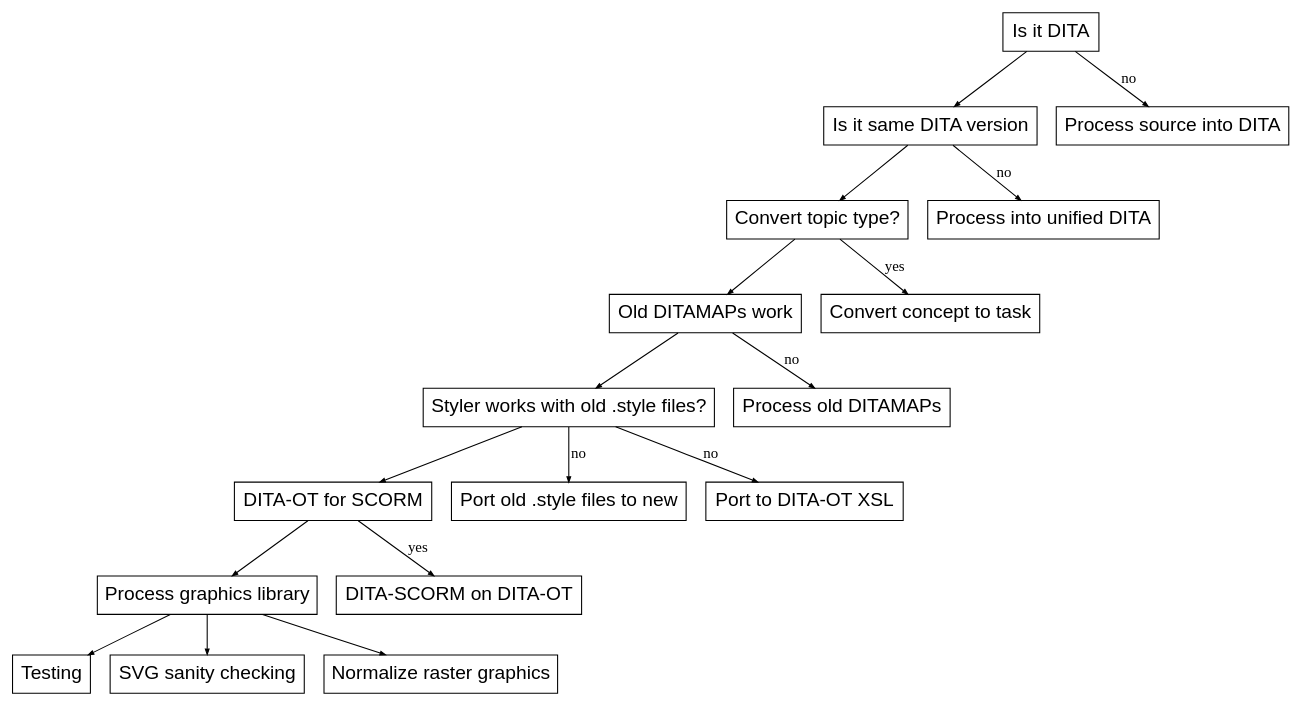
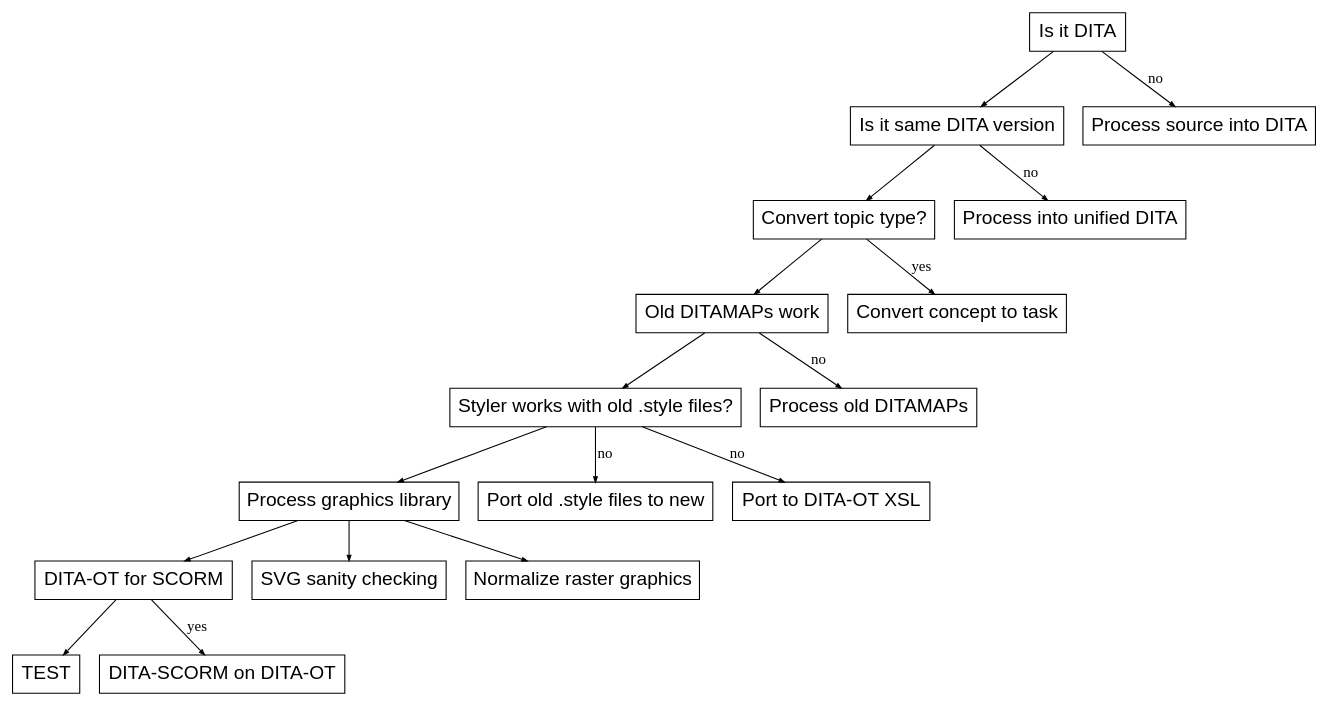
Before and after one commit to lopsotronic/Ascii1000D: the diagram in _meetings/Meeting 202300803.adoc, drawn with Graphviz. The commit also changed 1 other file, not shown here.

Commit message:
Update migration chart

```diff
--- a/_meetings/Meeting 202300803.adoc
+++ b/_meetings/Meeting 202300803.adoc
@@ -4,19 +4,19 @@
 [graphviz, adocpipeline8, svg]
 ----
 digraph g {
   edge [arrowsize=".5"]
   node [shape=record]
   node [fontname="Arial" fontsize=18]
   rankdir="TD";
-    "Is it DITA" -> "Is it same DITA version" -> "Convert topic type?" -> "Old DITAMAPs work" -> "Styler works with old .style files?" -> "DITA-OT for SCORM" -> "Process graphics library" -> "Testing"
+    "Is it DITA" -> "Is it same DITA version" -> "Convert topic type?" -> "Old DITAMAPs work" -> "Styler works with old .style files?" -> "Process graphics library" ->  "DITA-OT for SCORM" -> "TEST"
     "Is it DITA" -> "Process source into DITA" [label="no"]
     "Is it same DITA version" -> "Process into unified DITA" [label="no"]
     "Convert topic type?" -> "Convert concept to task" [label=yes]
     "Old DITAMAPs work" -> "Process old DITAMAPs" [label="no"]
     "Styler works with old .style files?" -> "Port old .style files to new" [label="no"]
     "Styler works with old .style files?" -> "Port to DITA-OT XSL" [label="no"]
     "DITA-OT for SCORM" -> "DITA-SCORM on DITA-OT" [label="yes"]
     "Process graphics library" -> "SVG sanity checking"
     "Process graphics library" -> "Normalize raster graphics"
 }
 ----
```
